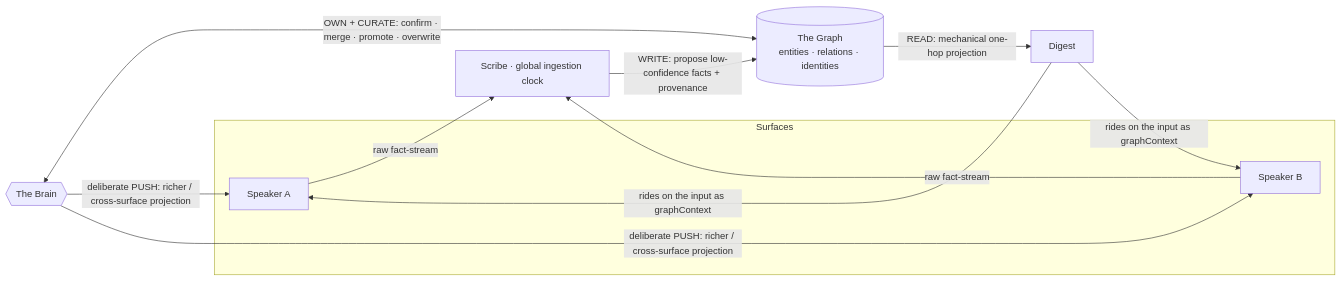
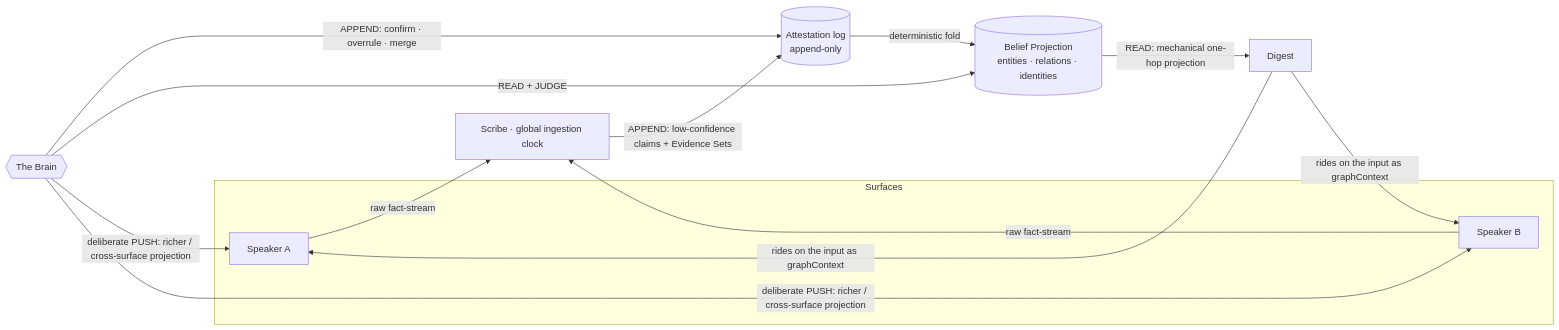
One commit to AaronAbuUsama/whatsappd-github-agent changed the third of 5 diagrams in docs/SYSTEM-ARCHITECTURE.md. Above: the diagram before and after it, drawn with Mermaid. The commit also changed other lines of this file and 8 other files, not shown here.

First line of the commit message:
docs: reconcile coworker architecture decisions (#290)

````diff
--- a/docs/SYSTEM-ARCHITECTURE.md
+++ b/docs/SYSTEM-ARCHITECTURE.md
@@ -275,16 +297,18 @@
 ```mermaid
 flowchart LR
   subgraph surfaces[Surfaces]
     S1[Speaker A]
     S2[Speaker B]
   end
 
   S1 & S2 -->|raw fact-stream| SCRIBE[Scribe · global ingestion clock]
-  SCRIBE -->|WRITE: propose low-confidence facts + provenance| G[(The Graph<br/>entities · relations · identities)]
+  SCRIBE -->|APPEND: low-confidence claims + Evidence Sets| LOG[(Attestation log<br/>append-only)]
+  BRAIN{{The Brain}} -->|APPEND: confirm · overrule · merge| LOG
+  LOG -->|deterministic fold| BELIEF[(Belief Projection<br/>entities · relations · identities)]
 
-  G -->|READ: mechanical one-hop projection| DIG[Digest]
+  BELIEF -->|READ: mechanical one-hop projection| DIG[Digest]
   DIG -->|rides on the input as graphContext| S1 & S2
 
-  BRAIN{{The Brain}} <-->|OWN + CURATE: confirm · merge · promote · overwrite| G
+  BRAIN -->|READ + JUDGE| BELIEF
   BRAIN -->|deliberate PUSH: richer / cross-surface projection| S1 & S2
 ```
````
